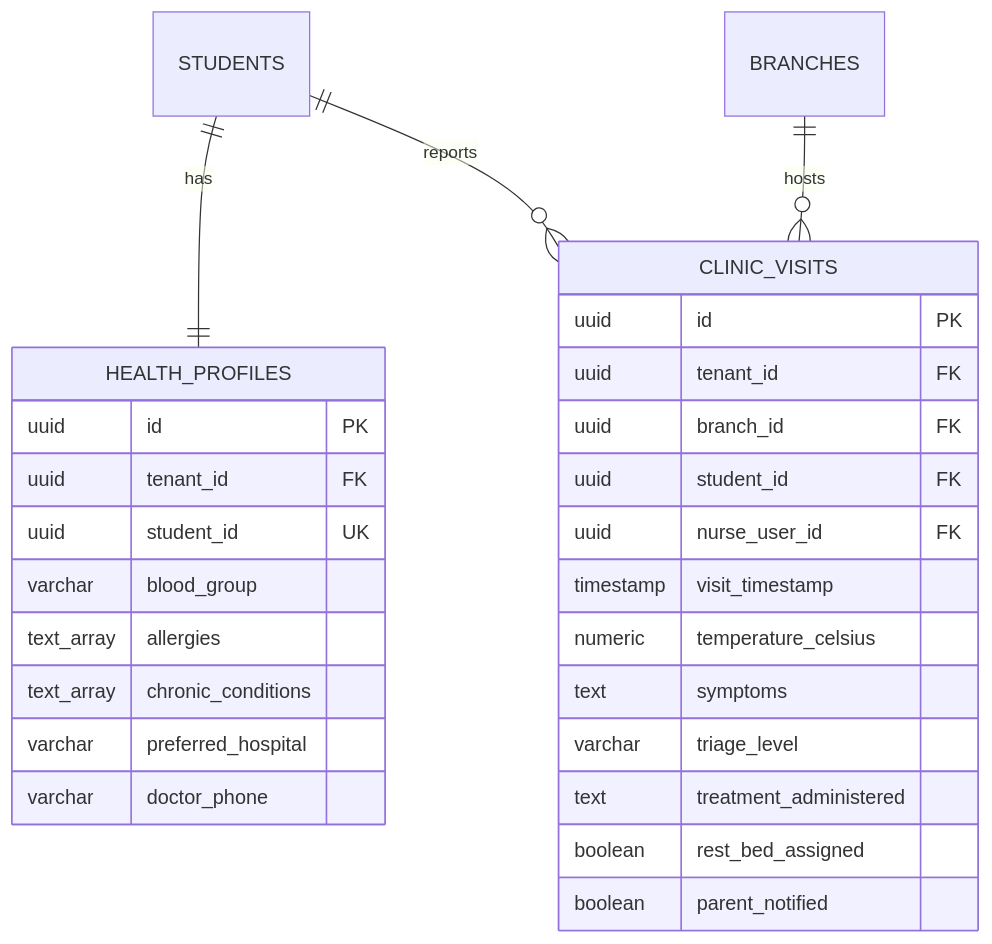
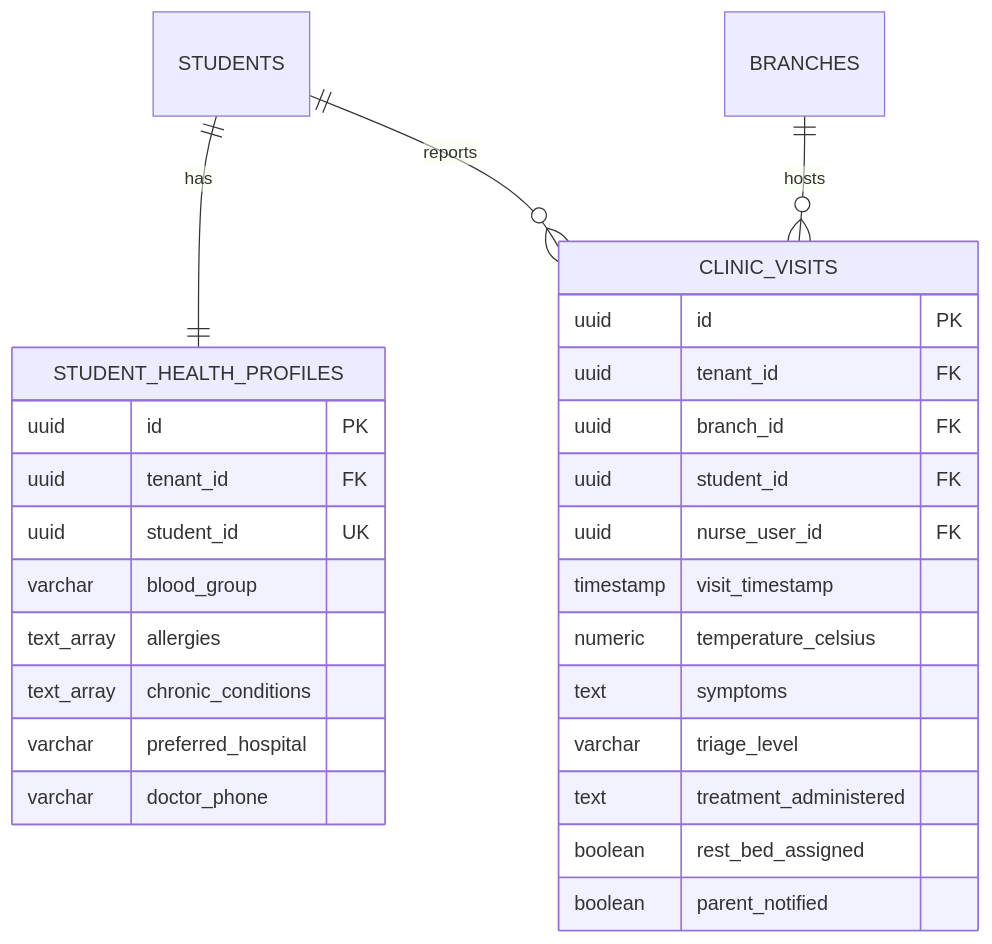
The eighth of 9 diagrams in docs/03-database/ERD.md (Yoba21/Fidel_Hub), drawn with Mermaid before and after one commit. The commit also changed other lines of this file and 41 other files, not shown here.

````diff
--- a/docs/03-database/ERD.md
+++ b/docs/03-database/ERD.md
@@ -453,32 +454,32 @@
 ```mermaid
 erDiagram
-    STUDENTS ||--|| HEALTH_PROFILES : has
+    STUDENTS ||--|| STUDENT_HEALTH_PROFILES : has
     STUDENTS ||--o{ CLINIC_VISITS : reports
     BRANCHES ||--o{ CLINIC_VISITS : hosts
 
-    HEALTH_PROFILES {
+    STUDENT_HEALTH_PROFILES {
         uuid id PK
         uuid tenant_id FK
         uuid student_id UK
         varchar blood_group
         text_array allergies
         text_array chronic_conditions
         varchar preferred_hospital
         varchar doctor_phone
     }
 
     CLINIC_VISITS {
         uuid id PK
         uuid tenant_id FK
         uuid branch_id FK
         uuid student_id FK
         uuid nurse_user_id FK
         timestamp visit_timestamp
         numeric temperature_celsius
         text symptoms
         varchar triage_level
         text treatment_administered
         boolean rest_bed_assigned
         boolean parent_notified
     }
 ```
````
